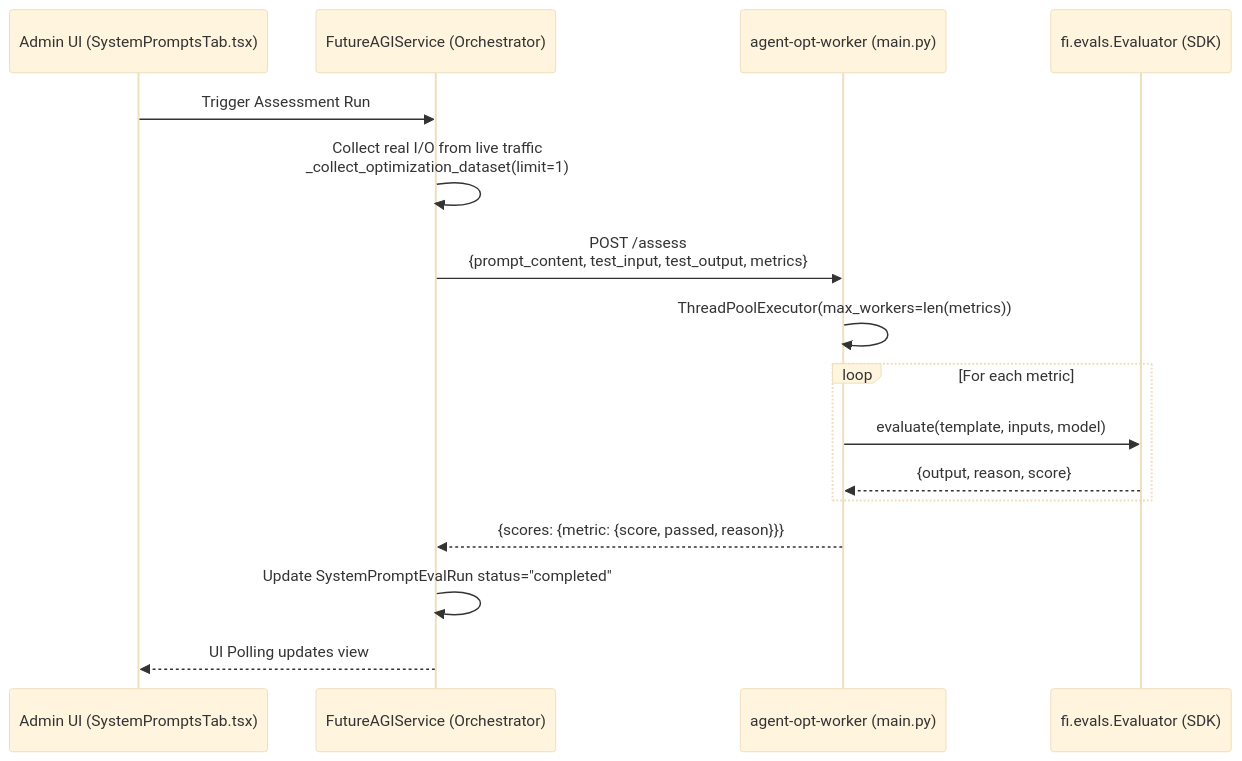
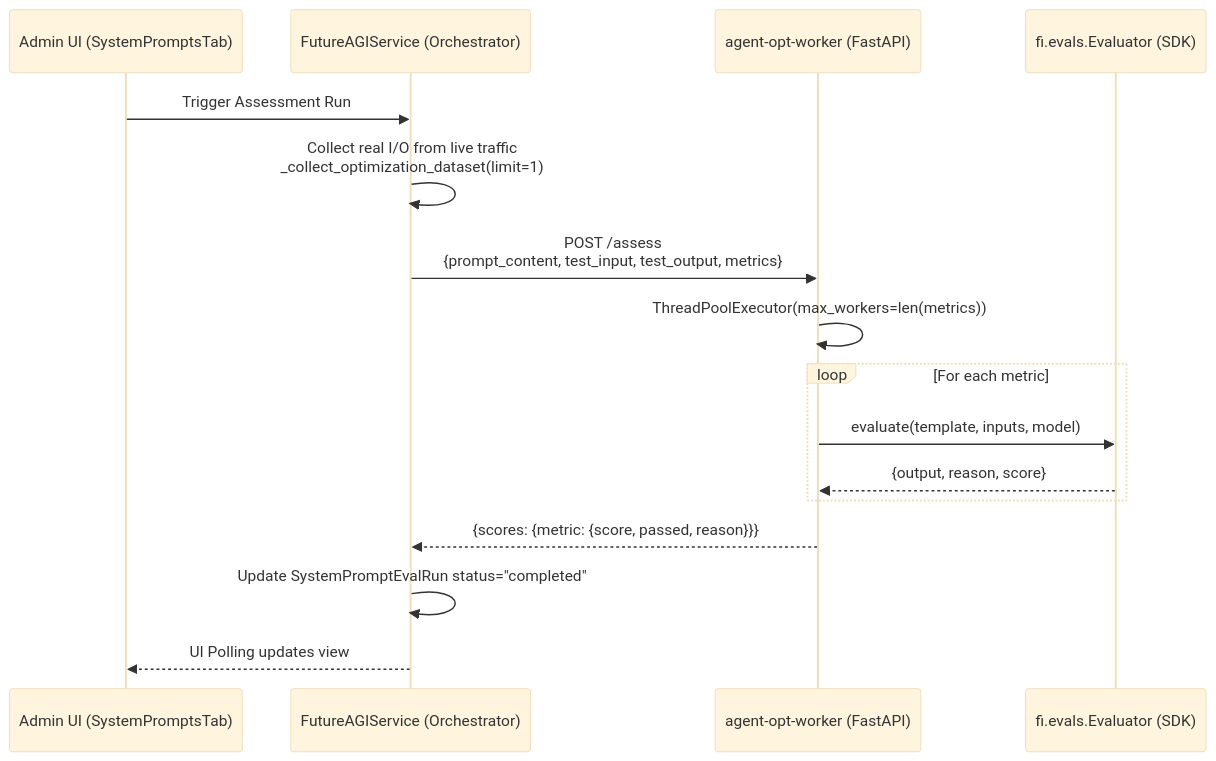
The second of 2 diagrams in docs/prompt-optimization/prompt-evaluation.md (AutomatosAI/automatos-ai), drawn with Mermaid (base theme) before and after one commit. The commit also changed other lines of this file and 191 other files, not shown here.

````diff
--- a/docs/prompt-optimization/prompt-evaluation.md
+++ b/docs/prompt-optimization/prompt-evaluation.md
@@ -101,21 +103,21 @@
 ```mermaid
 sequenceDiagram
-    participant Admin as Admin UI (SystemPromptsTab.tsx)
+    participant Admin as Admin UI (SystemPromptsTab)
     participant Service as FutureAGIService (Orchestrator)
-    participant Worker as agent-opt-worker (main.py)
+    participant Worker as agent-opt-worker (FastAPI)
     participant SDK as fi.evals.Evaluator (SDK)
     
     Admin->>Service: Trigger Assessment Run
     Service->>Service: Collect real I/O from live traffic<br/>_collect_optimization_dataset(limit=1)
     Service->>Worker: POST /assess<br/>{prompt_content, test_input, test_output, metrics}
     
     Worker->>Worker: ThreadPoolExecutor(max_workers=len(metrics))
     loop For each metric
         Worker->>SDK: evaluate(template, inputs, model)
         SDK-->>Worker: {output, reason, score}
     end
     Worker-->>Service: {scores: {metric: {score, passed, reason}}}
     
     Service->>Service: Update SystemPromptEvalRun status="completed"
     Service-->>Admin: UI Polling updates view
 ```
````
